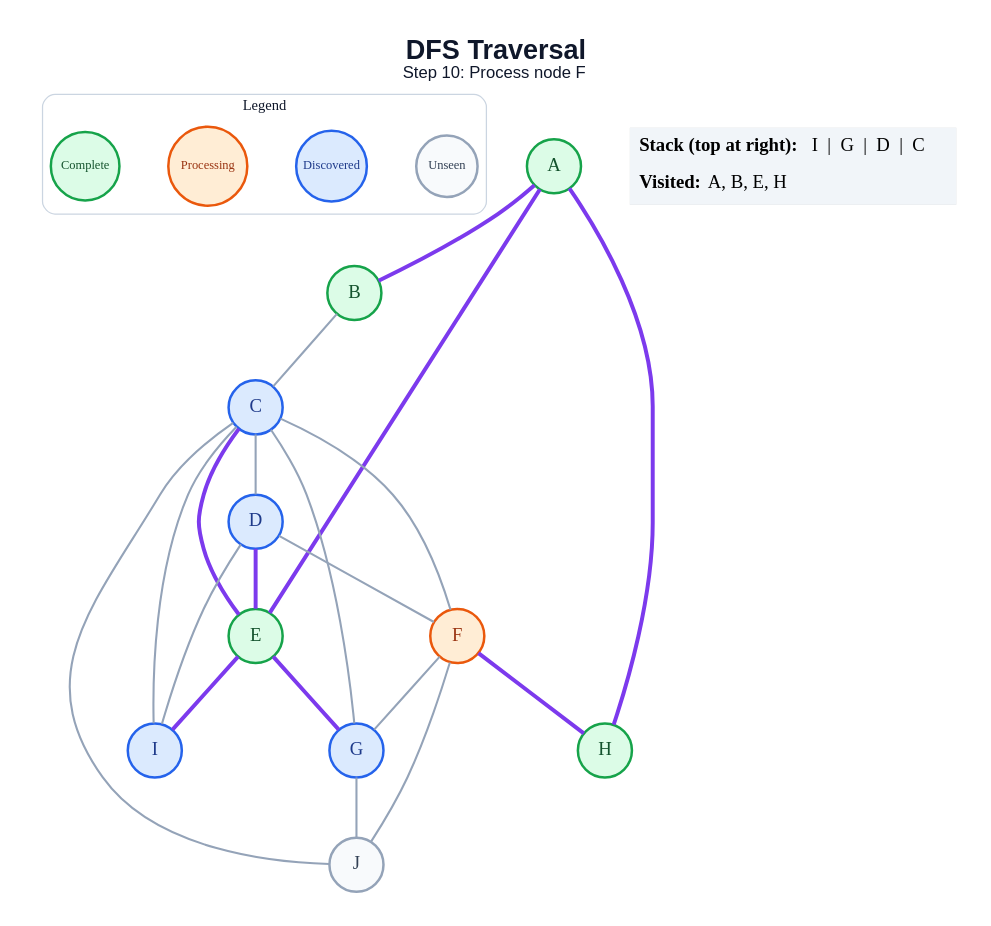
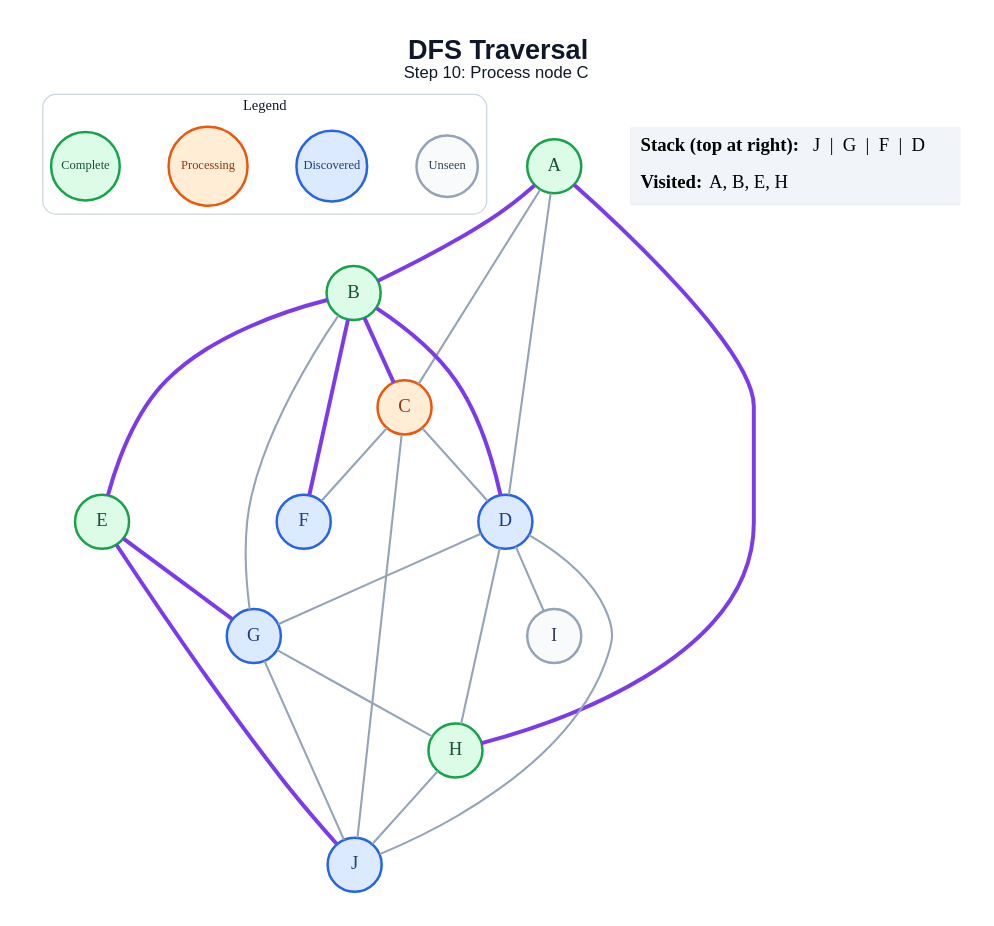
Before and after one commit to anon7238593-create/ai-slop: the diagram in generated/specific-node/dfs/step_10.dot, drawn with Graphviz. The commit also changed 178 other files, not shown here.

```diff
--- a/generated/specific-node/dfs/step_10.dot
+++ b/generated/specific-node/dfs/step_10.dot
@@ -1,48 +1,50 @@
 graph traversal {
   graph [layout=dot, rankdir=TB, bgcolor="#FFFFFF", pad="0.35", nodesep="0.65", ranksep="0.8", fontname="Arial"];
   node [shape=circle, style="filled", fontname="Arial Bold", fontsize=18, width=0.72, fixedsize=true, penwidth=2.4];
   edge [color="#94A3B8", penwidth=2.0];
-  label=<<B>DFS Traversal</B><BR/><FONT POINT-SIZE="16">Step 10: Process node F</FONT>>; labelloc="t"; fontsize=26; fontname="Arial"; fontcolor="#0F172A";
+  label=<<B>DFS Traversal</B><BR/><FONT POINT-SIZE="16">Step 10: Process node C</FONT>>; labelloc="t"; fontsize=26; fontname="Arial"; fontcolor="#0F172A";
   subgraph cluster_legend { label="Legend"; color="#CBD5E1"; penwidth=1.2; style="rounded"; fontsize=14; fontname="Arial Bold";
     key_unseen [label="Unseen", fillcolor="#F8FAFC", color="#94A3B8", fontcolor="#334155", fontsize=12, width=0.82];
     key_frontier [label="Discovered", fillcolor="#DBEAFE", color="#2563EB", fontcolor="#1E3A8A", fontsize=12, width=0.95];
     key_current [label="Processing", fillcolor="#FFEDD5", color="#EA580C", fontcolor="#9A3412", fontsize=12, width=1.05];
     key_done [label="Complete", fillcolor="#DCFCE7", color="#16A34A", fontcolor="#14532D", fontsize=12, width=0.92];
     { rank=same; key_unseen; key_frontier; key_current; key_done; }
   }
   A [fillcolor="#DCFCE7", color="#16A34A", fontcolor="#14532D"];
   B [fillcolor="#DCFCE7", color="#16A34A", fontcolor="#14532D"];
-  C [fillcolor="#DBEAFE", color="#2563EB", fontcolor="#1E3A8A"];
+  C [fillcolor="#FFEDD5", color="#EA580C", fontcolor="#9A3412"];
   D [fillcolor="#DBEAFE", color="#2563EB", fontcolor="#1E3A8A"];
   E [fillcolor="#DCFCE7", color="#16A34A", fontcolor="#14532D"];
-  F [fillcolor="#FFEDD5", color="#EA580C", fontcolor="#9A3412"];
+  F [fillcolor="#DBEAFE", color="#2563EB", fontcolor="#1E3A8A"];
   G [fillcolor="#DBEAFE", color="#2563EB", fontcolor="#1E3A8A"];
   H [fillcolor="#DCFCE7", color="#16A34A", fontcolor="#14532D"];
-  I [fillcolor="#DBEAFE", color="#2563EB", fontcolor="#1E3A8A"];
-  J [fillcolor="#F8FAFC", color="#94A3B8", fontcolor="#334155"];
+  I [fillcolor="#F8FAFC", color="#94A3B8", fontcolor="#334155"];
+  J [fillcolor="#DBEAFE", color="#2563EB", fontcolor="#1E3A8A"];
   A -- B [color="#7C3AED", penwidth=3.8];
-  A -- E [color="#7C3AED", penwidth=3.8];
+  A -- C;
+  A -- D;
   A -- H [color="#7C3AED", penwidth=3.8];
-  B -- C;
+  B -- C [color="#7C3AED", penwidth=3.8];
+  B -- D [color="#7C3AED", penwidth=3.8];
+  B -- E [color="#7C3AED", penwidth=3.8];
+  B -- F [color="#7C3AED", penwidth=3.8];
+  B -- G;
   C -- D;
-  C -- E [color="#7C3AED", penwidth=3.8];
   C -- F;
-  C -- G;
-  C -- I;
   C -- J;
-  D -- E [color="#7C3AED", penwidth=3.8];
-  D -- F;
+  D -- G;
+  D -- H;
   D -- I;
+  D -- J;
   E -- G [color="#7C3AED", penwidth=3.8];
-  E -- I [color="#7C3AED", penwidth=3.8];
-  F -- G;
-  F -- H [color="#7C3AED", penwidth=3.8];
-  F -- J;
+  E -- J [color="#7C3AED", penwidth=3.8];
+  G -- H;
   G -- J;
+  H -- J;
   status [shape=plain, fixedsize=false, width=0, height=0, margin=0, label=<
     <TABLE BORDER="0" CELLBORDER="0" CELLPADDING="7" BGCOLOR="#F1F5F9">
-      <TR><TD ALIGN="LEFT"><B>Stack (top at right):</B> I  |  G  |  D  |  C</TD></TR>
+      <TR><TD ALIGN="LEFT"><B>Stack (top at right):</B> J  |  G  |  F  |  D</TD></TR>
       <TR><TD ALIGN="LEFT"><B>Visited:</B> A, B, E, H</TD></TR>
     </TABLE>
   >];
 }
```
